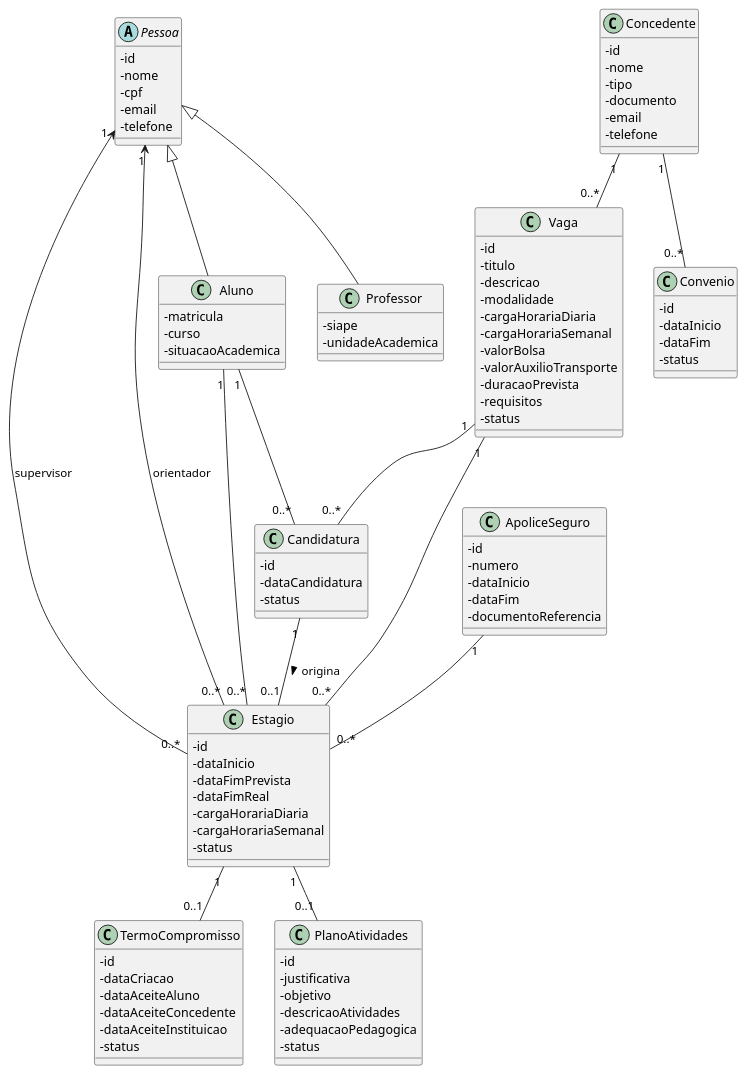
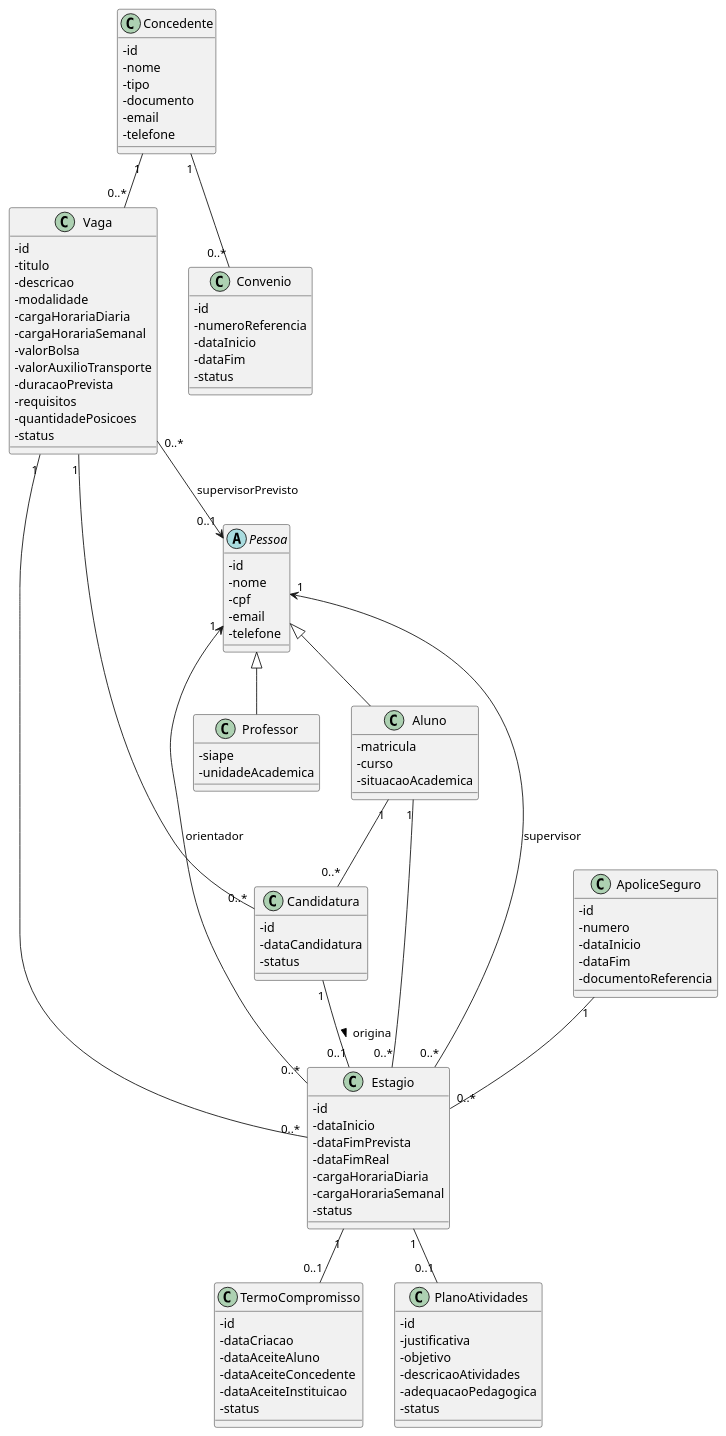
One commit to BorgesGusta/Obsidian_PROG_II_Estagio-FACSI---Modelagem-e-Sistema changed the diagram in 06 - UML/dominio-v0.1.puml. Above: the diagram before and after it, drawn with PlantUML.

Commit message:
uml: incorpora detalhes de vaga

```diff
--- a/06 - UML/dominio-v0.1.puml
+++ b/06 - UML/dominio-v0.1.puml
@@ -1,115 +1,118 @@
 @startuml
 skinparam classAttributeIconSize 0
 
 abstract class Pessoa {
   - id
   - nome
   - cpf
   - email
   - telefone
 }
 
 class Aluno {
   - matricula
   - curso
   - situacaoAcademica
 }
 
 class Professor {
   - siape
   - unidadeAcademica
 }
 
 class Concedente {
   - id
   - nome
   - tipo
   - documento
   - email
   - telefone
 }
 
 class Convenio {
   - id
+  - numeroReferencia
   - dataInicio
   - dataFim
   - status
 }
 
 class Vaga {
   - id
   - titulo
   - descricao
   - modalidade
   - cargaHorariaDiaria
   - cargaHorariaSemanal
   - valorBolsa
   - valorAuxilioTransporte
   - duracaoPrevista
   - requisitos
+  - quantidadePosicoes
   - status
 }
 
 class Candidatura {
   - id
   - dataCandidatura
   - status
 }
 
 class Estagio {
   - id
   - dataInicio
   - dataFimPrevista
   - dataFimReal
   - cargaHorariaDiaria
   - cargaHorariaSemanal
   - status
 }
 
 class TermoCompromisso {
   - id
   - dataCriacao
   - dataAceiteAluno
   - dataAceiteConcedente
   - dataAceiteInstituicao
   - status
 }
 
 class PlanoAtividades {
   - id
   - justificativa
   - objetivo
   - descricaoAtividades
   - adequacaoPedagogica
   - status
 }
 
 class ApoliceSeguro {
   - id
   - numero
   - dataInicio
   - dataFim
   - documentoReferencia
 }
 
 Pessoa <|-- Aluno
 Pessoa <|-- Professor
 
 Concedente "1" -- "0..*" Convenio
 Concedente "1" -- "0..*" Vaga
+Vaga "0..*" --> "0..1" Pessoa : supervisorPrevisto
 
 Aluno "1" -- "0..*" Candidatura
 Vaga "1" -- "0..*" Candidatura
 
 Candidatura "1" -- "0..1" Estagio : origina >
 Aluno "1" -- "0..*" Estagio
 Vaga "1" -- "0..*" Estagio
 
 Estagio "0..*" --> "1" Pessoa : supervisor
 Estagio "0..*" --> "1" Pessoa : orientador
 
 Estagio "1" -- "0..1" TermoCompromisso
 Estagio "1" -- "0..1" PlanoAtividades
 ApoliceSeguro "1" -- "0..*" Estagio
 
 @enduml
```
